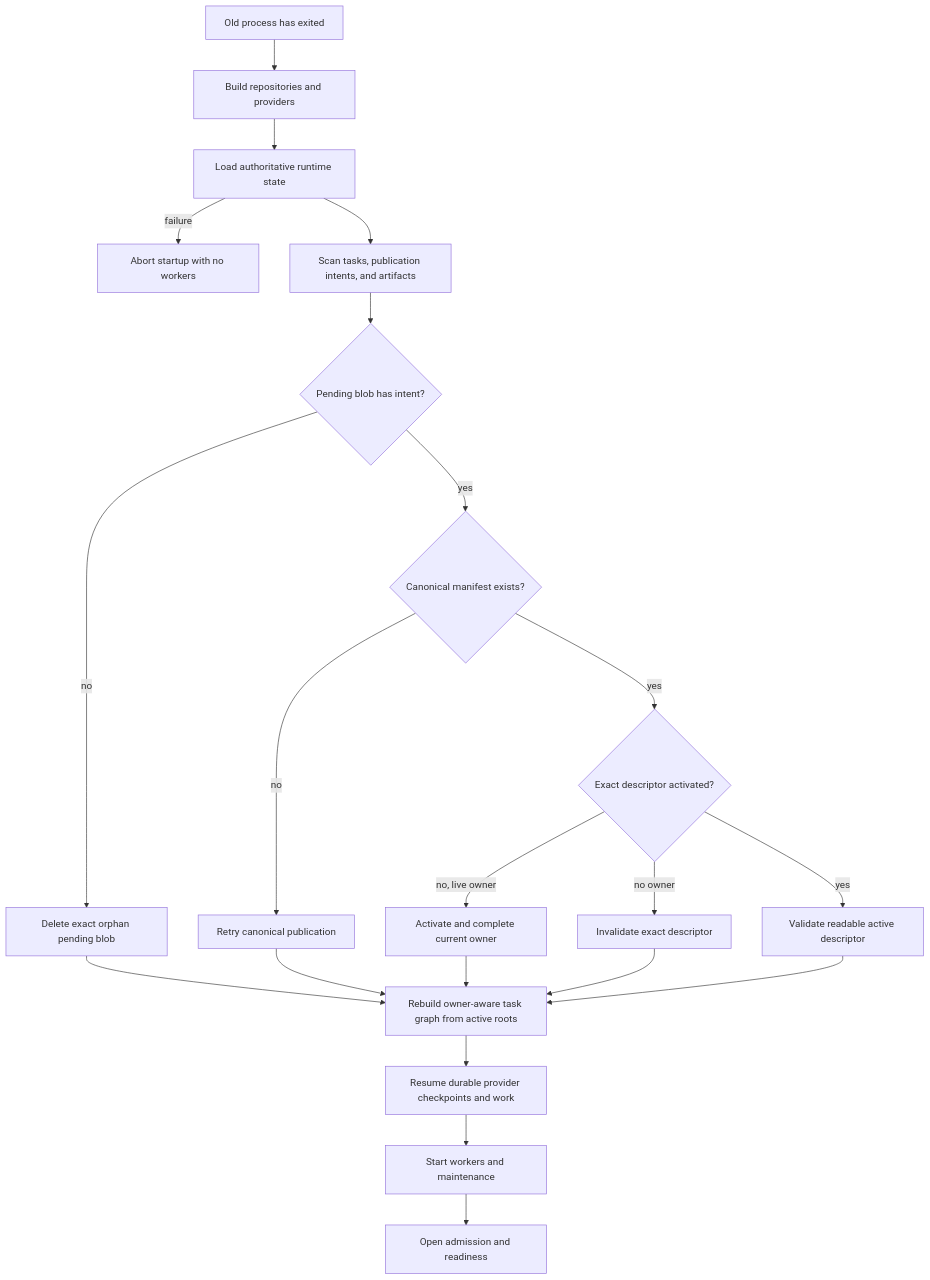
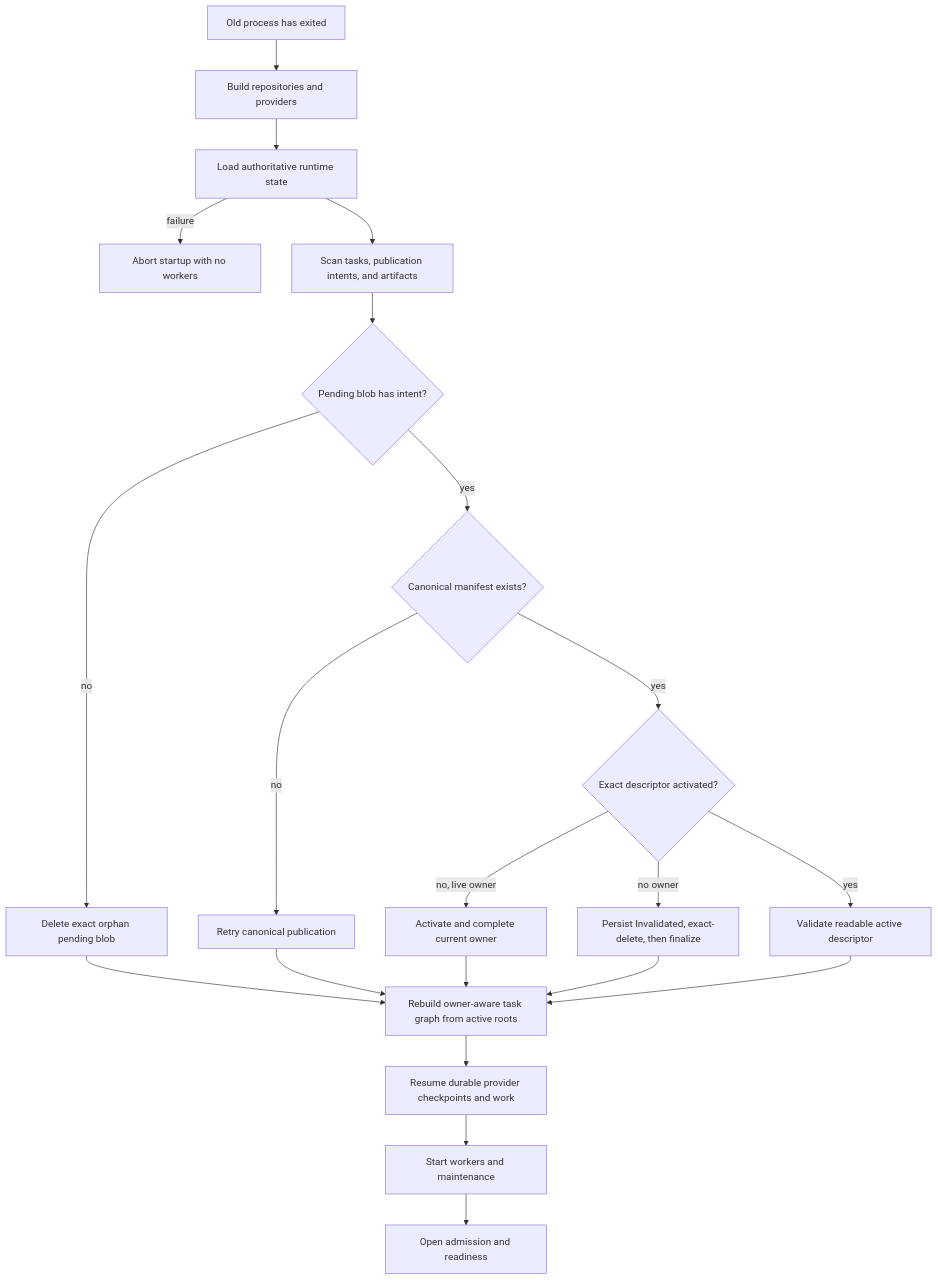
Diagram 12 of 15 in docs/architecture.md (taikoxyz/raiko2), drawn with Mermaid before and after one commit. The commit also changed other lines of this file and 25 other files, not shown here.

````diff
--- a/docs/architecture.md
+++ b/docs/architecture.md
@@ -590,23 +573,23 @@
 ```mermaid
 flowchart TD
   Exit[Old process has exited] --> Build[Build repositories and providers]
   Build --> Load[Load authoritative runtime state]
   Load -->|failure| Abort[Abort startup with no workers]
   Load --> Scan[Scan tasks, publication intents, and artifacts]
   Scan --> Pending{Pending blob has intent?}
   Pending -->|no| GC[Delete exact orphan pending blob]
   Pending -->|yes| Canonical{Canonical manifest exists?}
   Canonical -->|no| Publish[Retry canonical publication]
   Canonical -->|yes| Activated{Exact descriptor activated?}
   Activated -->|no, live owner| Activate[Activate and complete current owner]
-  Activated -->|no owner| Invalidate[Invalidate exact descriptor]
+  Activated -->|no owner| Reclaim[Persist Invalidated, exact-delete, then finalize]
   Activated -->|yes| Validate[Validate readable active descriptor]
   GC --> Project
   Publish --> Project
   Activate --> Project
-  Invalidate --> Project
+  Reclaim --> Project
   Validate --> Project[Rebuild owner-aware task graph from active roots]
   Project --> Resume[Resume durable provider checkpoints and work]
   Resume --> Start[Start workers and maintenance]
   Start --> Ready[Open admission and readiness]
 ```
````
